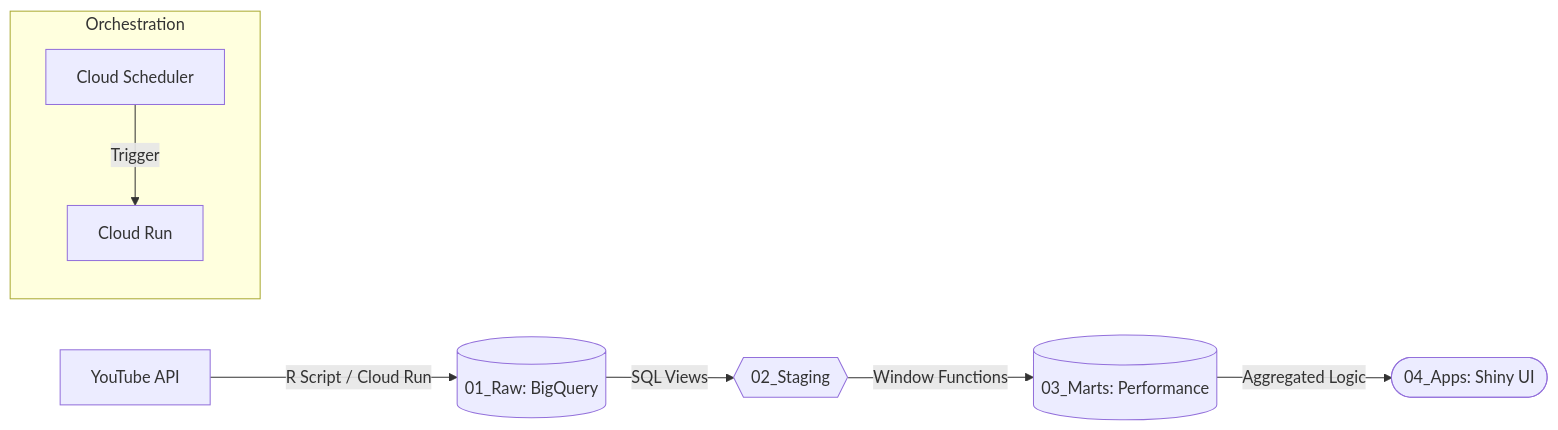
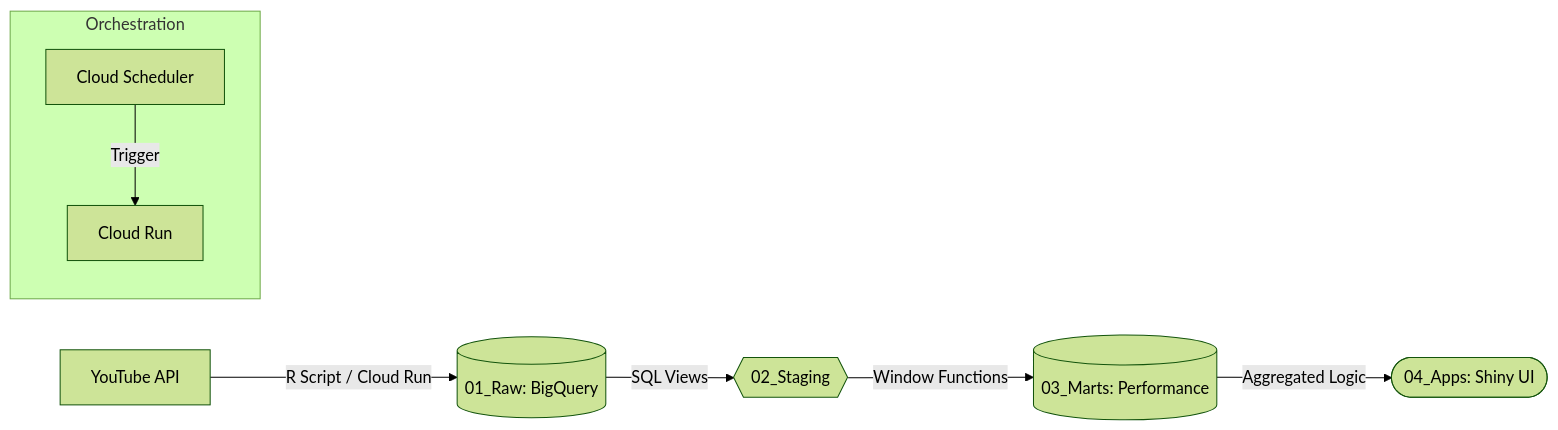
The first of 2 diagrams in README.md (SimonLiles/sailing_channel_dashboard), drawn with Mermaid before and after one commit. The commit also changed other lines of this file, not shown here.

````diff
--- a/README.md
+++ b/README.md
@@ -24,11 +24,12 @@
 ``` mermaid
+%%{init: {'theme': 'forest'}}%%
 flowchart LR
     API[YouTube API] -->|R Script / Cloud Run| Raw[(01_Raw: BigQuery)]
     Raw -->|SQL Views| Stg{{02_Staging}}
     Stg -->|Window Functions| Marts[(03_Marts: Performance)]
     Marts -->|Aggregated Logic| App([04_Apps: Shiny UI])
 
     subgraph Orchestration
     GS[Cloud Scheduler] -->|Trigger| CR[Cloud Run]
     end
 ```
````
